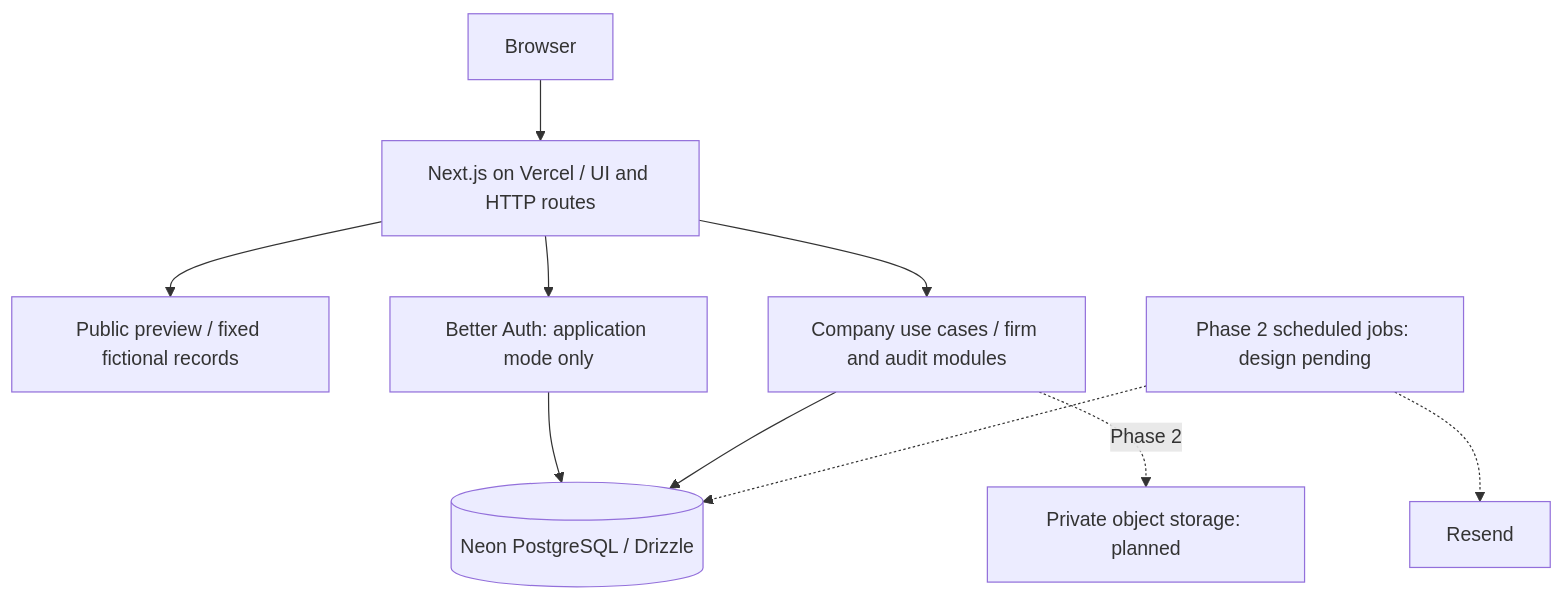
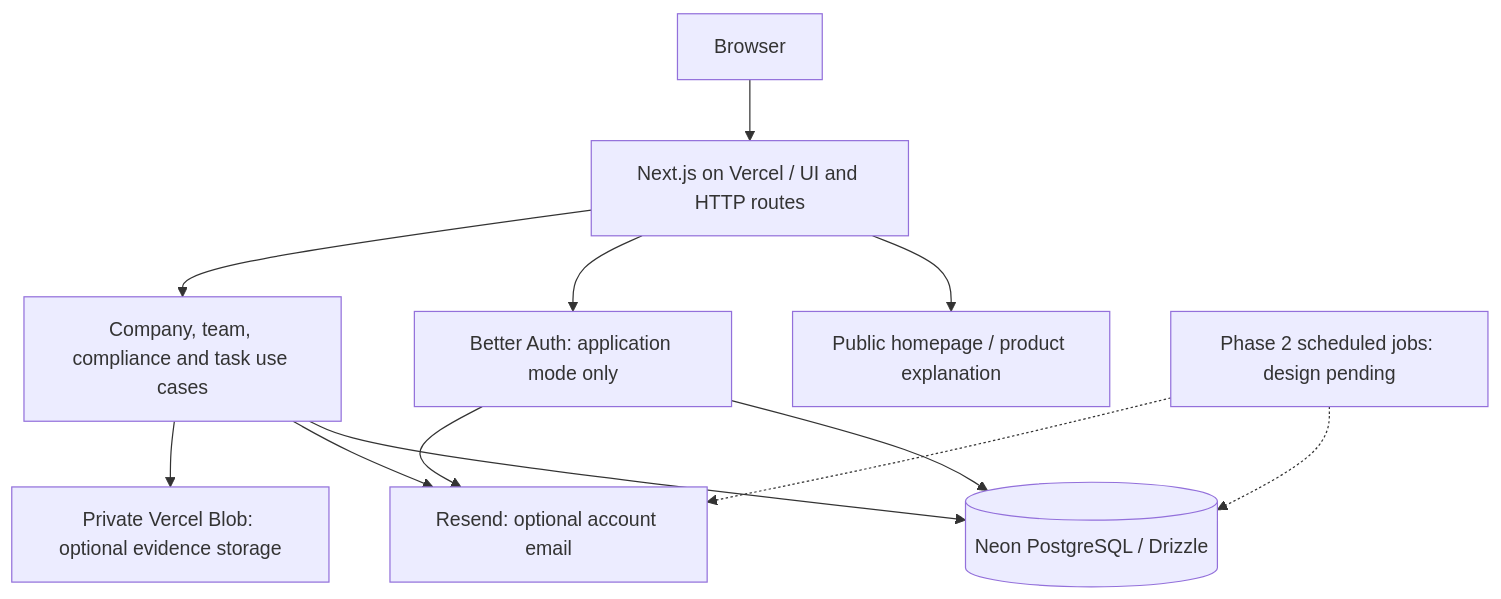
The diagram in README.md (Prem790/MCA-Software), drawn with Mermaid before and after one commit. The commit also changed other lines of this file, not shown here.

Commit message:
feat: update README to reflect Phase 2 progress and new features for team onboarding and task management

````diff
--- a/README.md
+++ b/README.md
@@ -61,12 +92,14 @@
 ```mermaid
 flowchart TD
     Browser[Browser] --> Web[Next.js on Vercel / UI and HTTP routes]
-    Web --> Preview[Public preview / fixed fictional records]
+    Web --> Homepage[Public homepage / product explanation]
     Web --> Auth[Better Auth: application mode only]
-    Web --> Modules[Company use cases / firm and audit modules]
+    Web --> Modules[Company, team, compliance and task use cases]
     Auth --> Database[(Neon PostgreSQL / Drizzle)]
     Modules --> Database
-    Modules -. Phase 2 .-> Storage[Private object storage: planned]
+    Auth --> Email[Resend: optional account email]
+    Modules --> Email
+    Modules --> Storage[Private Vercel Blob: optional evidence storage]
     Worker[Phase 2 scheduled jobs: design pending] -.-> Database
-    Worker -.-> Email[Resend]
+    Worker -.-> Email
 ```
````
